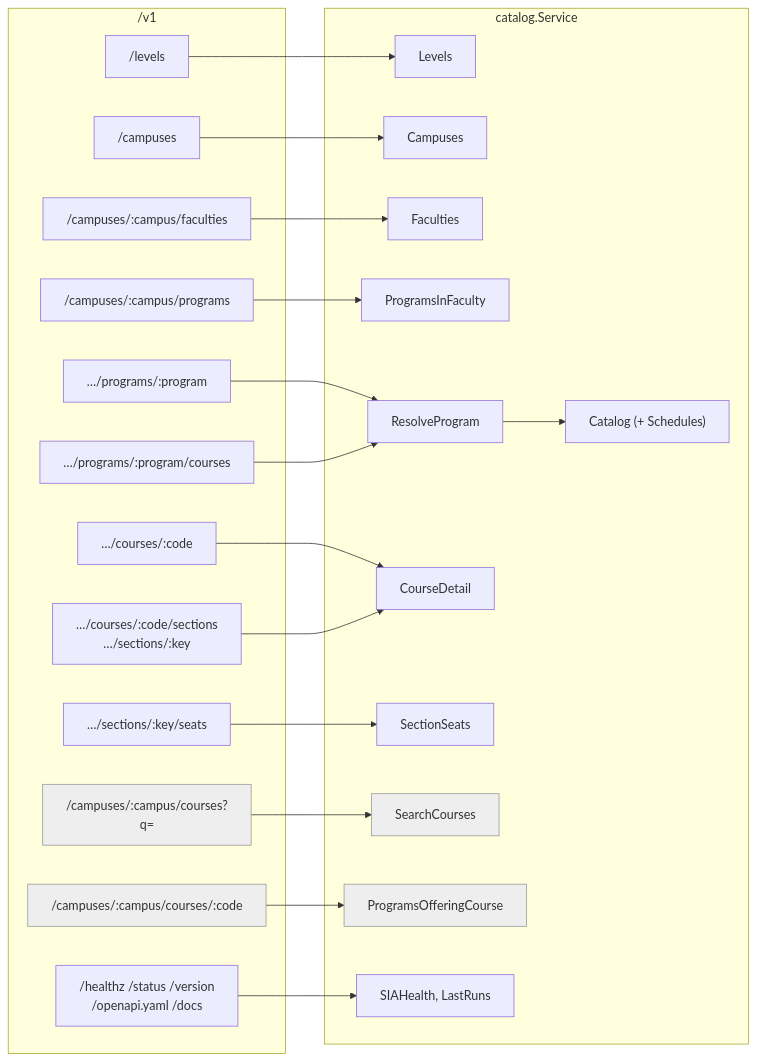
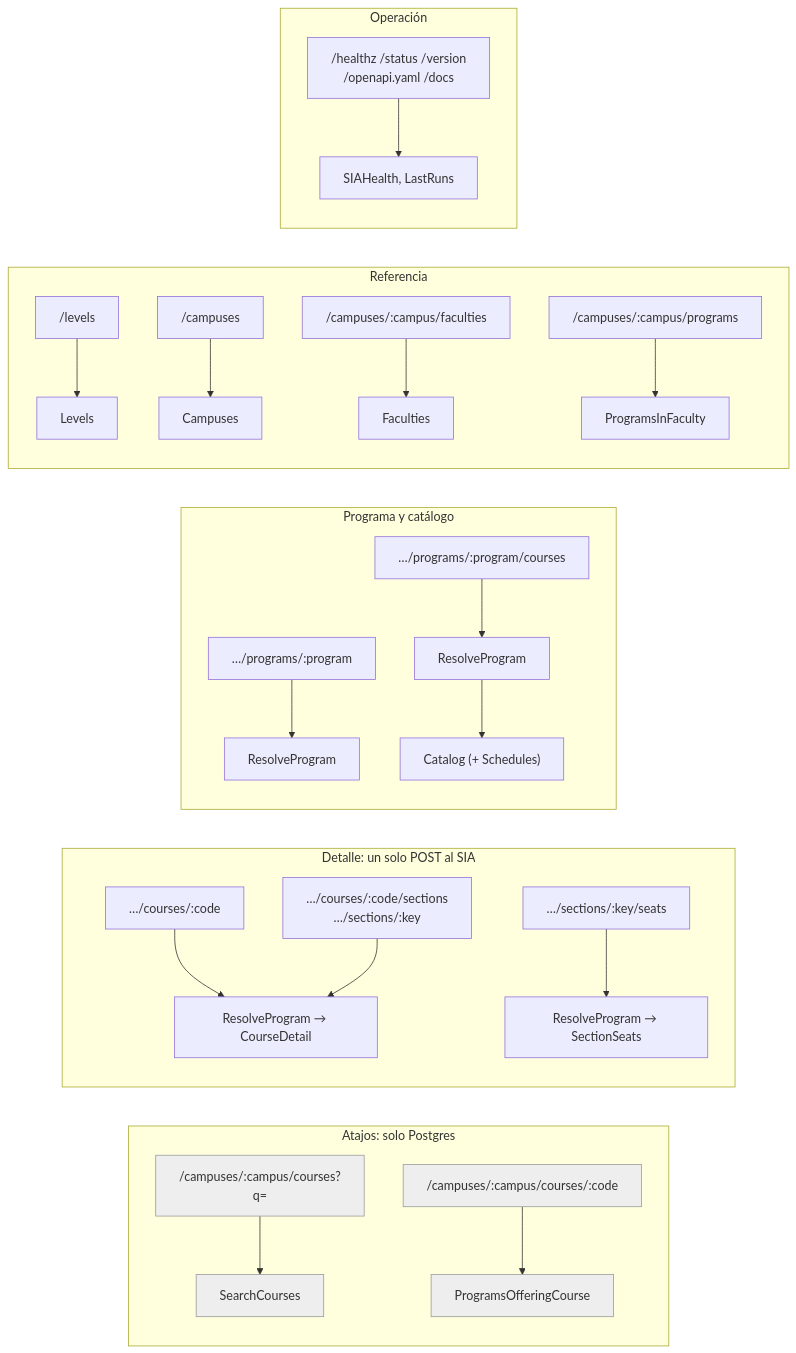
One commit to gabotachak/sia-unal-bridge changed the seventh of 20 diagrams in docs/diagram.md. Above: the diagram before and after it, drawn with Mermaid. The commit also changed other lines of this file and 10 other files, not shown here.

First line of the commit message:
docs: pasa todos los diagramas a Mermaid

````diff
--- a/docs/diagram.md
+++ b/docs/diagram.md
@@ -287,47 +287,28 @@
 ```mermaid
 flowchart LR
-    subgraph rutas["/v1"]
-        r0["/healthz /status /version<br/>/openapi.yaml /docs"]
-        r1["/levels"]
-        r2["/campuses"]
-        r3["/campuses/:campus/faculties"]
-        r4["/campuses/:campus/programs"]
-        r5["…/programs/:program"]
-        r6["…/programs/:program/courses"]
-        r7["…/courses/:code"]
-        r8["…/courses/:code/sections<br/>…/sections/:key"]
-        r9["…/sections/:key/seats"]
-        r10["/campuses/:campus/courses?q="]
-        r11["/campuses/:campus/courses/:code"]
+    subgraph sc["Atajos: solo Postgres"]
+        r10["/campuses/:campus/courses?q="] --> s10["SearchCourses"]
+        r11["/campuses/:campus/courses/:code"] --> s11["ProgramsOfferingCourse"]
     end
-
-    subgraph svc["catalog.Service"]
-        s1["Levels"]
-        s2["Campuses"]
-        s3["Faculties"]
-        s4["ProgramsInFaculty"]
-        s5["ResolveProgram"]
-        s6["Catalog (+ Schedules)"]
-        s7["CourseDetail"]
-        s9["SectionSeats"]
-        s10["SearchCourses"]
-        s11["ProgramsOfferingCourse"]
-        sh["SIAHealth, LastRuns"]
+    subgraph det["Detalle: un solo POST al SIA"]
+        r7["…/courses/:code"] --> s7["ResolveProgram → CourseDetail"]
+        r8["…/courses/:code/sections<br/>…/sections/:key"] --> s7
+        r9["…/sections/:key/seats"] --> s9["ResolveProgram → SectionSeats"]
     end
-
-    r0 --> sh
-    r1 --> s1
-    r2 --> s2
-    r3 --> s3
-    r4 --> s4
-    r5 --> s5
-    r6 --> s5 --> s6
-    r7 --> s7
-    r8 --> s7
-    r9 --> s9
-    r10 --> s10
-    r11 --> s11
+    subgraph prog["Programa y catálogo"]
+        r5["…/programs/:program"] --> s5["ResolveProgram"]
+        r6["…/programs/:program/courses"] --> s5b["ResolveProgram"] --> s6["Catalog (+ Schedules)"]
+    end
+    subgraph ref["Referencia"]
+        r1["/levels"] --> s1["Levels"]
+        r2["/campuses"] --> s2["Campuses"]
+        r3["/campuses/:campus/faculties"] --> s3["Faculties"]
+        r4["/campuses/:campus/programs"] --> s4["ProgramsInFaculty"]
+    end
+    subgraph op["Operación"]
+        r0["/healthz /status /version<br/>/openapi.yaml /docs"] --> sh["SIAHealth, LastRuns"]
+    end
 
     classDef storeOnly fill:#eee,stroke:#999,color:#333
     class r10,r11,s10,s11 storeOnly
 ```
````
